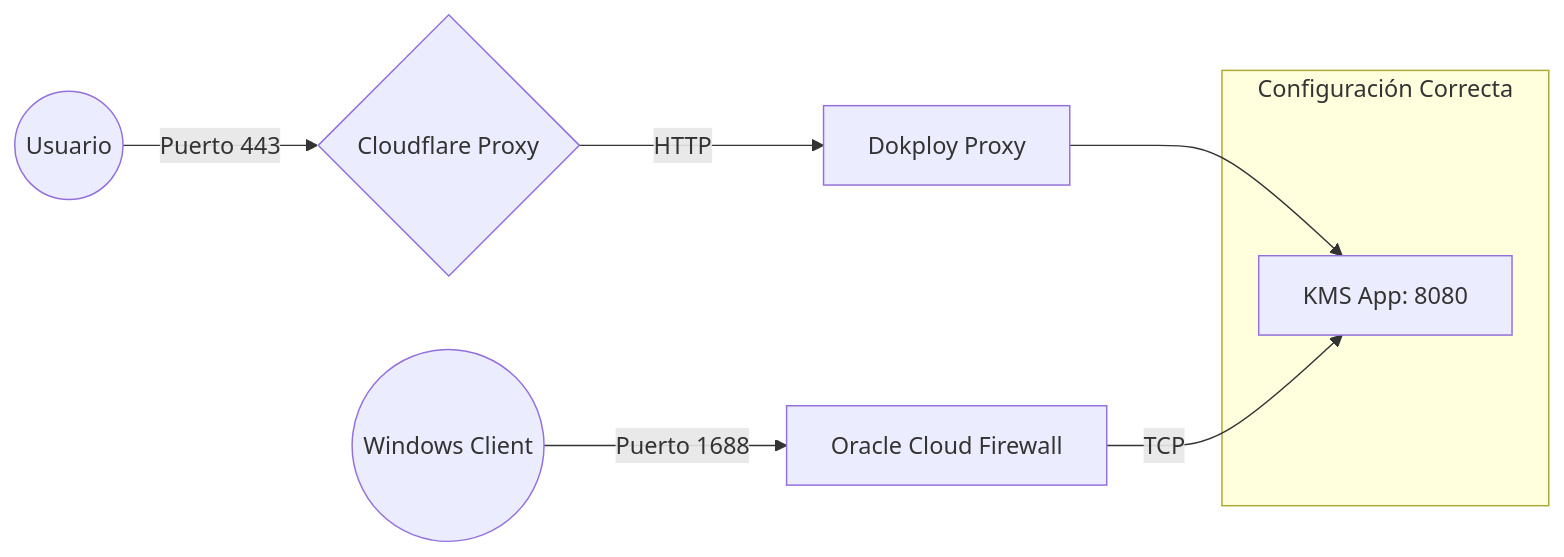
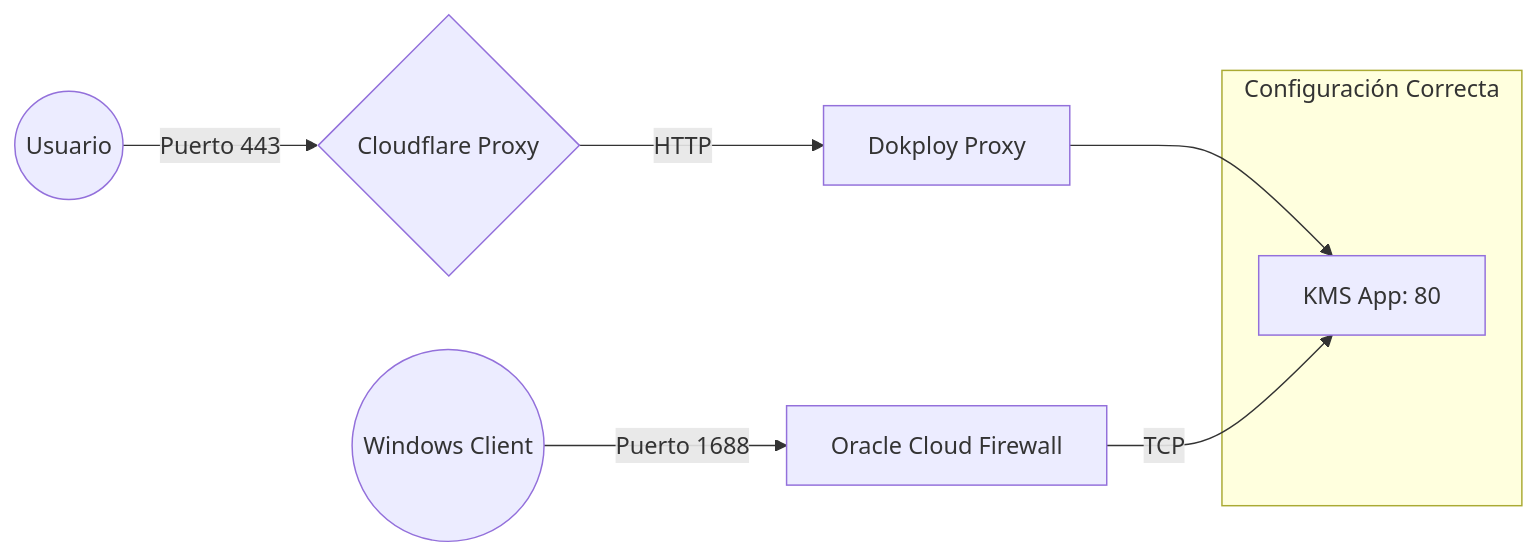
Before and after one commit to josprox/KMS-SpringBoot: the second of 2 diagrams in README.md, drawn with Mermaid. The commit also changed other lines of this file and 6 other files, not shown here.

````diff
--- a/README.md
+++ b/README.md
@@ -38,13 +38,13 @@
 ```mermaid
 graph LR
     User((Usuario)) -- Puerto 443 --> CF{Cloudflare Proxy}
     CF -- HTTP --> Dokploy[Dokploy Proxy]
-    Dokploy --> App[KMS App: 8080]
+    Dokploy --> App[KMS App: 80]
     
     PC((Windows Client)) -- Puerto 1688 --> Oracle[Oracle Cloud Firewall]
     Oracle -- TCP --> App
     
     subgraph "Configuración Correcta"
     App
     end
 ```
````
